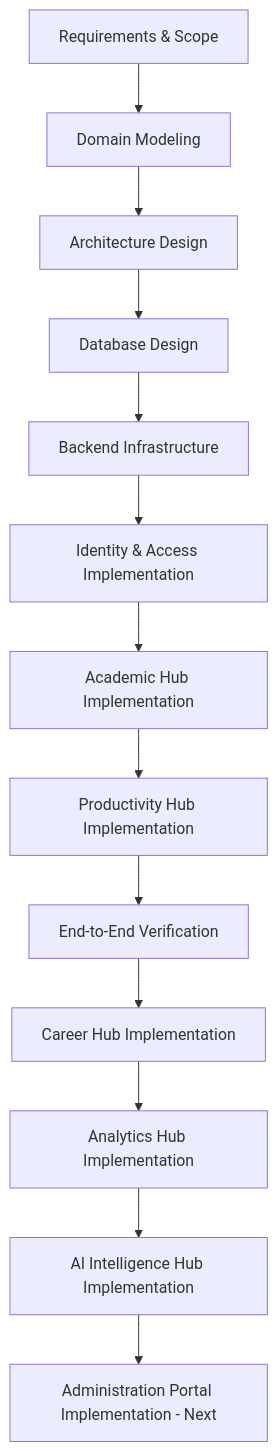
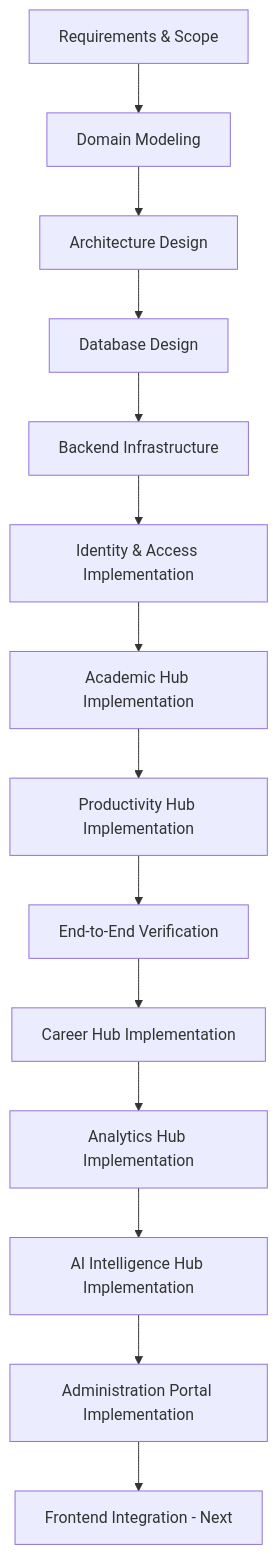
Before and after one commit to sufiyanshaikh06/integrum: the tenth of 11 diagrams in PROJECT_PROGRESS.md, drawn with Mermaid. The commit also changed other lines of this file and 44 other files, not shown here.

````diff
--- a/PROJECT_PROGRESS.md
+++ b/PROJECT_PROGRESS.md
@@ -311,15 +329,16 @@
 ```mermaid
 flowchart TD
     A[Requirements & Scope] --> B[Domain Modeling]
     B --> C[Architecture Design]
     C --> D[Database Design]
     D --> E[Backend Infrastructure]
     E --> F[Identity & Access Implementation]
     F --> G[Academic Hub Implementation]
     G --> H[Productivity Hub Implementation]
     H --> I[End-to-End Verification]
     I --> J[Career Hub Implementation]
     J --> K[Analytics Hub Implementation]
     K --> L[AI Intelligence Hub Implementation]
-    L --> M[Administration Portal Implementation - Next]
+    L --> M[Administration Portal Implementation]
+    M --> N[Frontend Integration - Next]
 ```
````
